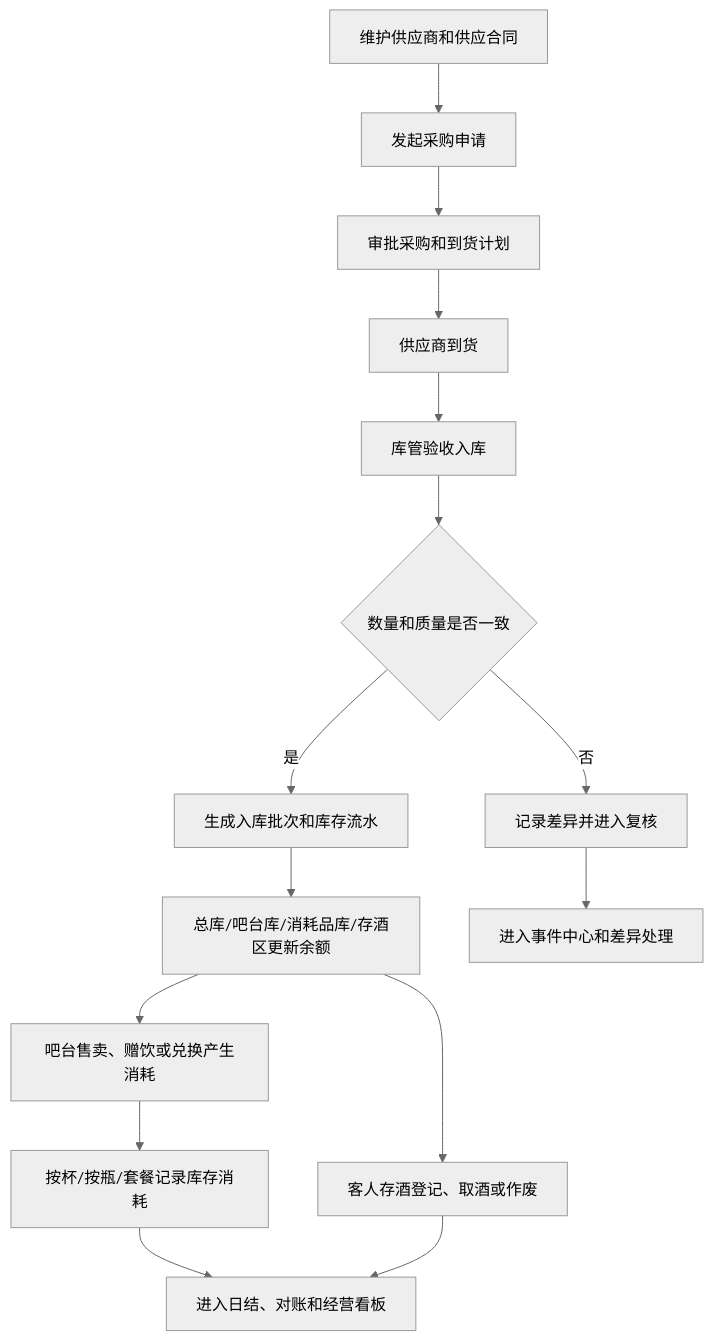
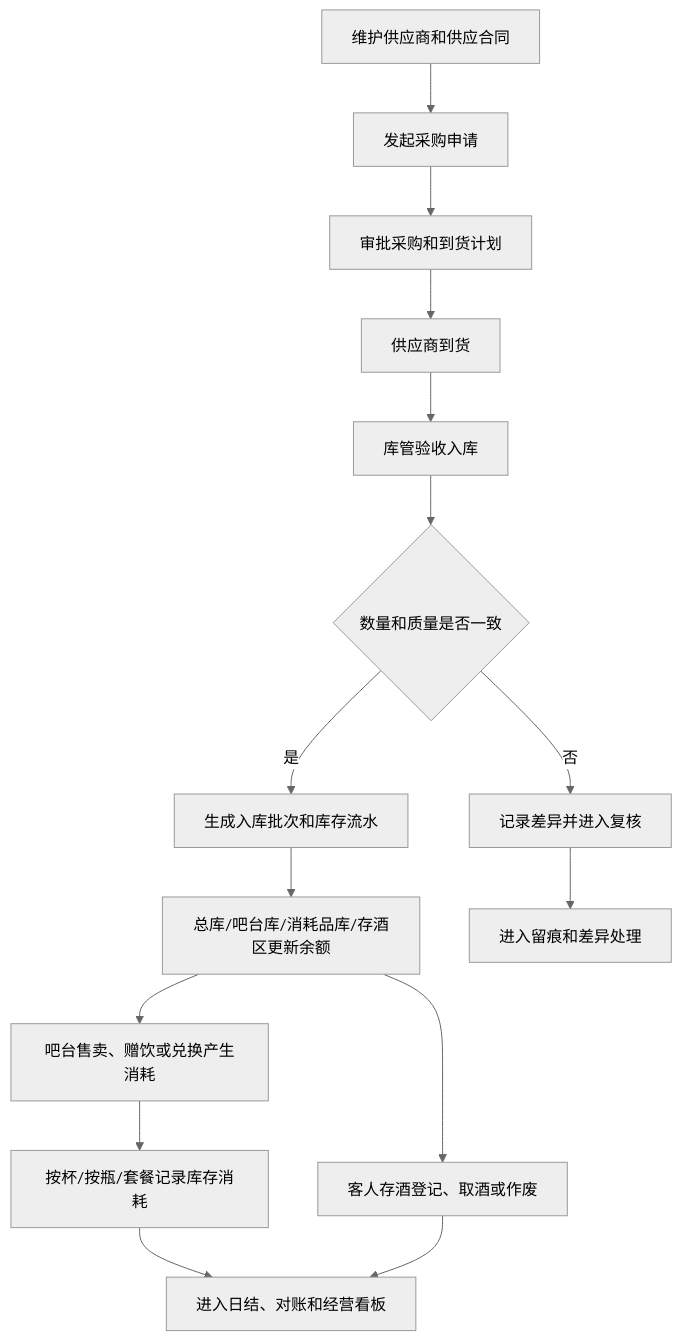
One commit to jxh1979/mall changed the fifth of 12 diagrams in docs/business-operations-layer-spec-v0.2.md. Above: the diagram before and after it, drawn with Mermaid (neutral theme). The commit also changed other lines of this file and 15 other files, not shown here.

````diff
--- a/docs/business-operations-layer-spec-v0.2.md
+++ b/docs/business-operations-layer-spec-v0.2.md
@@ -1208,17 +1206,17 @@
 ```mermaid
 flowchart TD
   A["维护供应商和供应合同"] --> B["发起采购申请"]
   B --> C["审批采购和到货计划"]
   C --> D["供应商到货"]
   D --> E["库管验收入库"]
   E --> F{"数量和质量是否一致"}
   F -- 是 --> G["生成入库批次和库存流水"]
   F -- 否 --> H["记录差异并进入复核"]
   G --> I["总库/吧台库/消耗品库/存酒区更新余额"]
   I --> J["吧台售卖、赠饮或兑换产生消耗"]
   J --> K["按杯/按瓶/套餐记录库存消耗"]
   I --> L["客人存酒登记、取酒或作废"]
   K --> M["进入日结、对账和经营看板"]
   L --> M
-  H --> N["进入事件中心和差异处理"]
+  H --> N["进入留痕和差异处理"]
 ```
````
